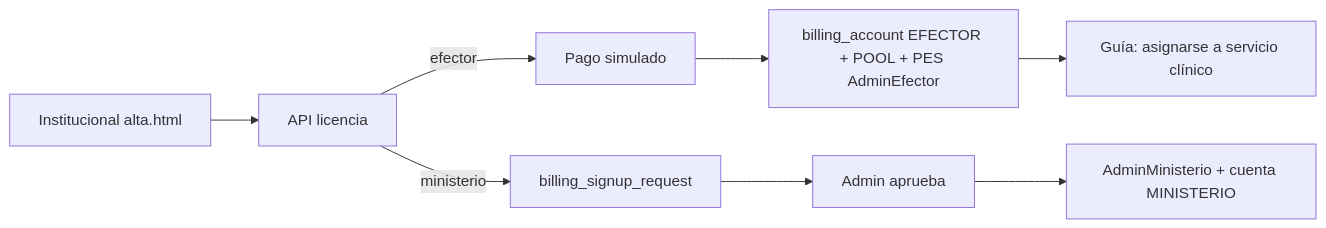
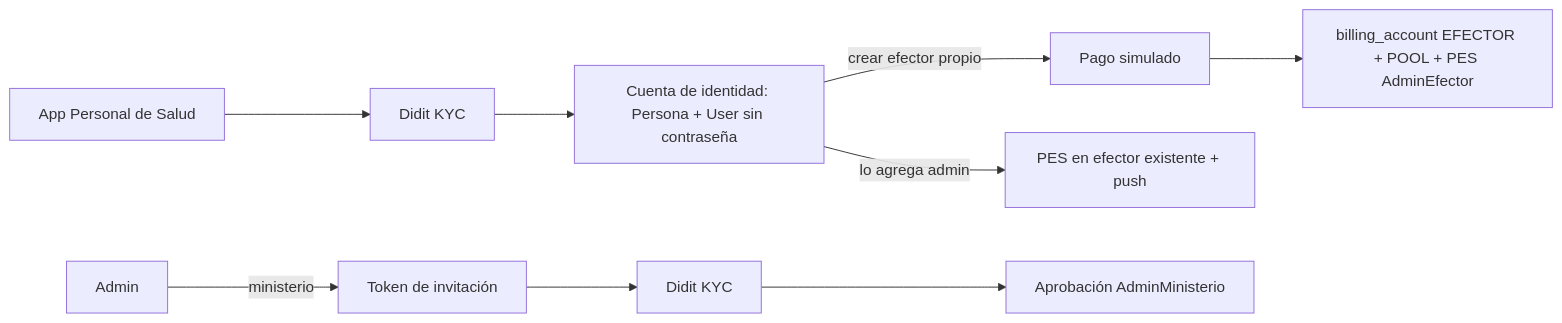
One commit to luischanferoni/bioenlace changed the diagram in web/docs/producto/alta-cuenta-licencia.md. Above: the diagram before and after it, drawn with Mermaid. The commit also changed other lines of this file and 24 other files, not shown here.

````diff
--- a/web/docs/producto/alta-cuenta-licencia.md
+++ b/web/docs/producto/alta-cuenta-licencia.md
@@ -18,10 +20,10 @@
 ```mermaid
 flowchart LR
-  Inst[Institucional alta.html] --> API[API licencia]
-  API -->|efector| Pay[Pago simulado]
-  Pay --> Acc[billing_account EFECTOR + POOL + PES AdminEfector]
-  Acc --> Guide[Guía: asignarse a servicio clínico]
-  API -->|ministerio| Pend[billing_signup_request]
-  Pend --> Admin[Admin aprueba]
-  Admin --> Rol[AdminMinisterio + cuenta MINISTERIO]
+  App[App Personal de Salud] --> Didit[Didit KYC]
+  Didit --> Cuenta[Cuenta de identidad: Persona + User sin contraseña]
+  Cuenta -->|crear efector propio| Pay[Pago simulado]
+  Pay --> Efe[billing_account EFECTOR + POOL + PES AdminEfector]
+  Cuenta -->|lo agrega admin| Pool[PES en efector existente + push]
+  Admin[Admin] -->|ministerio| Token[Token de invitación]
+  Token --> KYC[Didit KYC] --> Aprob[Aprobación AdminMinisterio]
 ```
````
